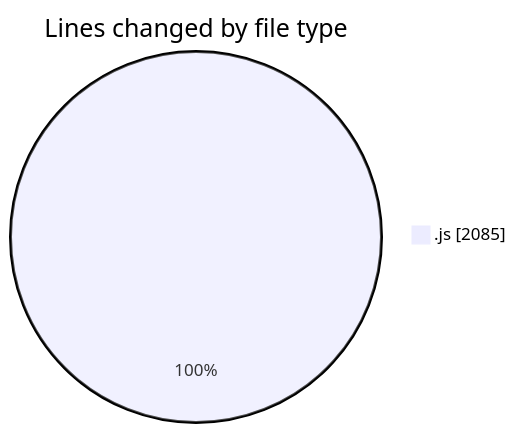
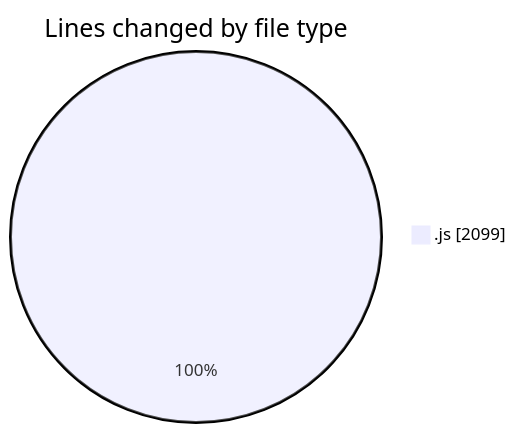
Before and after one commit to BS-eng2023/code-tracking: the first of 2 diagrams in 2025-04-03/jsvms/README.md, drawn with Mermaid. The commit also changed other lines of this file and 1 other file, not shown here.

````diff
--- a/2025-04-03/jsvms/README.md
+++ b/2025-04-03/jsvms/README.md
@@ -32,5 +32,5 @@
 ```mermaid
 pie showData
 title Lines changed by file type
-".js" : 2085
+".js" : 2099
 ```
````
